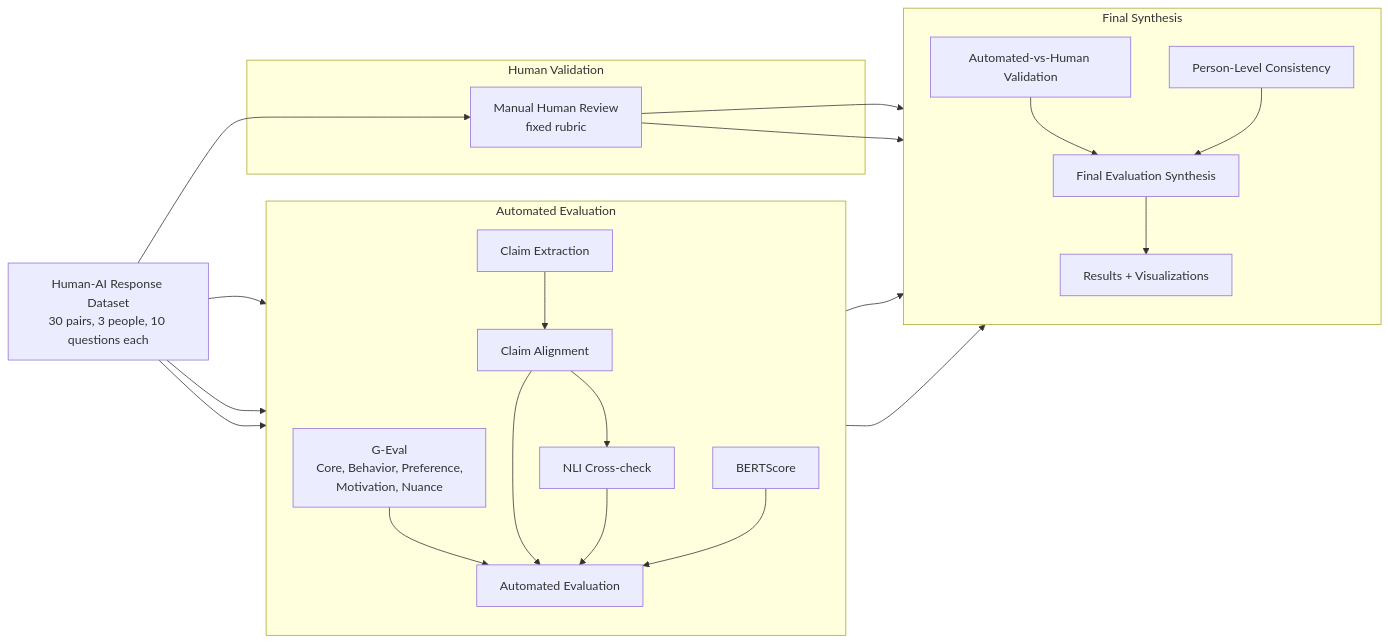
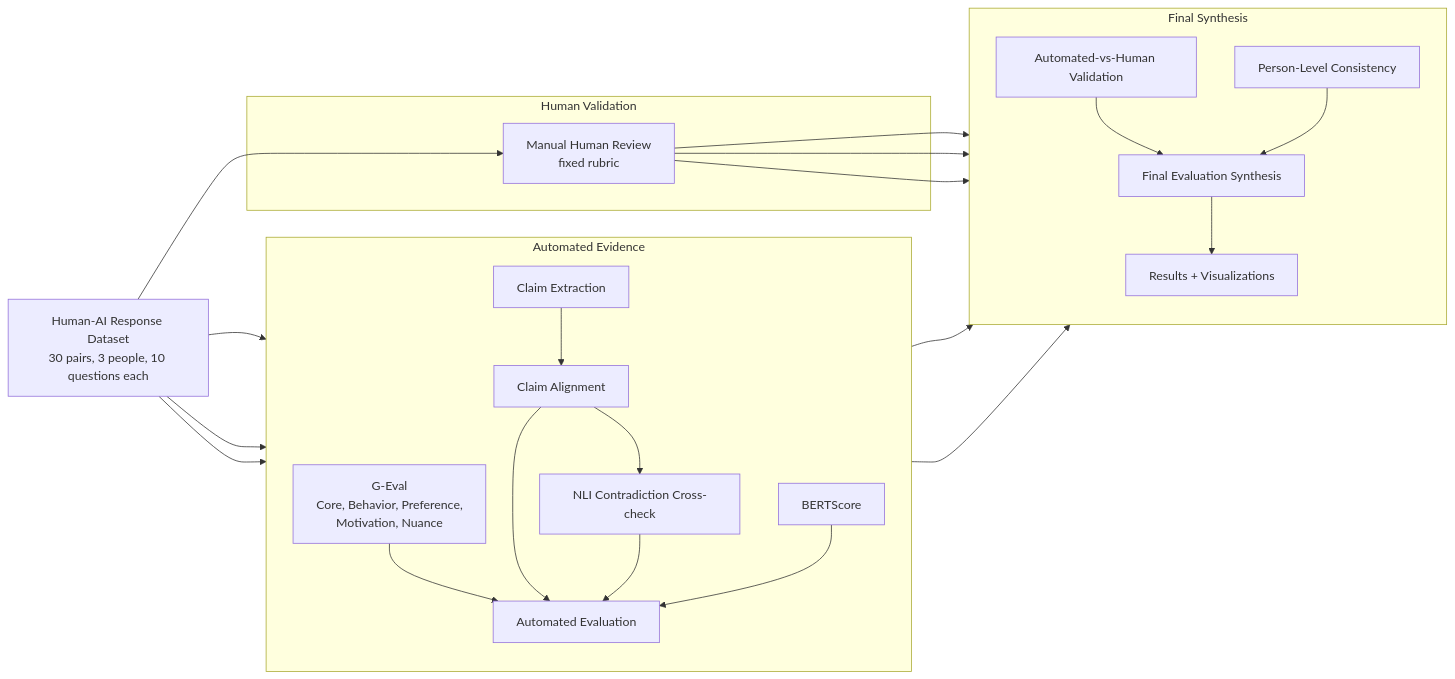
The diagram in README.md (Pavankumarmanagoli/RB_GEN_AI_ASSESEMENT), drawn with Mermaid before and after one commit. The commit also changed other lines of this file, not shown here.

Commit message:
Add project documentation and evaluation guide

````diff
--- a/README.md
+++ b/README.md
@@ -48,40 +48,41 @@
 ```mermaid
 flowchart LR
     D[Human-AI Response Dataset<br/>30 pairs, 3 people, 10 questions each]
 
-    subgraph AUTO["Automated Evaluation"]
+    subgraph AUTO["Automated Evidence"]
         direction TB
-        GE[G-Eval<br/>Core, Behavior, Preference,<br/>Motivation, Nuance]
-        CE[Claim Extraction] --> CA[Claim Alignment] --> NLI[NLI Cross-check]
+        GE["G-Eval<br/>Core, Behavior, Preference,<br/>Motivation, Nuance"]
+        CE[Claim Extraction] --> CA[Claim Alignment] --> NLI[NLI Contradiction Cross-check]
         BS[BERTScore]
         GE --> AGG[Automated Evaluation]
         CA --> AGG
         NLI --> AGG
         BS --> AGG
     end
 
     subgraph HUM["Human Validation"]
         HR[Manual Human Review<br/>fixed rubric]
     end
 
     subgraph SYN["Final Synthesis"]
         direction TB
         AHV[Automated-vs-Human Validation]
         PC[Person-Level Consistency]
         FS[Final Evaluation Synthesis]
         RES[Results + Visualizations]
         AHV --> FS
         PC --> FS
         FS --> RES
     end
 
     D --> GE
     D --> CE
     D --> BS
     D --> HR
 
     AGG --> AHV
     HR --> AHV
     HR --> PC
     AGG --> FS
+    HR --> FS
 ```
````
